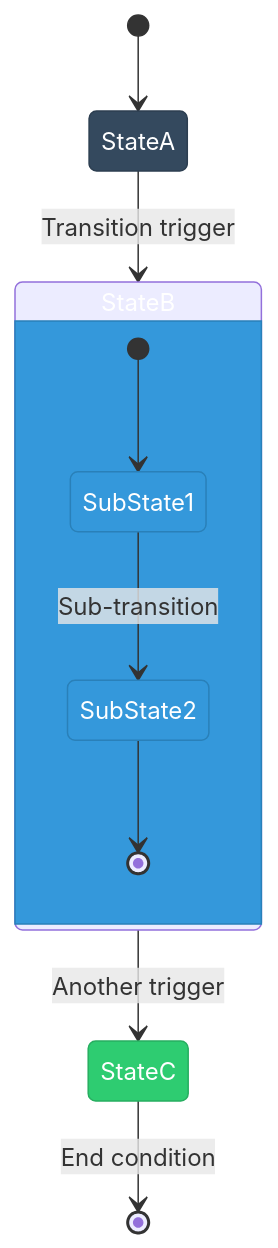
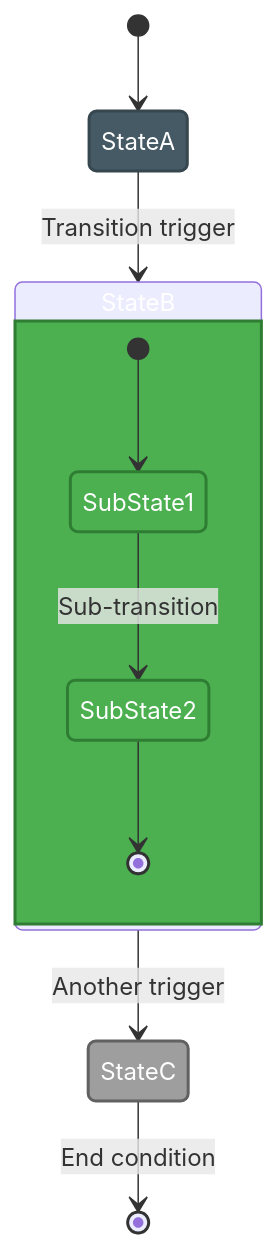
The third of 5 diagrams in docs/architecture/CONTRIBUTION_GUIDELINES.md (Hack23/cia-compliance-manager), drawn with Mermaid before and after one commit. The commit also changed other lines of this file and 18 other files, not shown here.

First line of the commit message:
style: update all classDef colors to ISMS style guide palette and fix quadrant charts

````diff
--- a/docs/architecture/CONTRIBUTION_GUIDELINES.md
+++ b/docs/architecture/CONTRIBUTION_GUIDELINES.md
@@ -102,24 +102,24 @@
 ```mermaid
 stateDiagram-v2
     [*] --> StateA
     
     StateA --> StateB: Transition trigger
     StateB --> StateC: Another trigger
     StateC --> [*]: End condition
     
     state StateB {
         [*] --> SubState1
         SubState1 --> SubState2: Sub-transition
         SubState2 --> [*]
     }
     
     %% Style definitions with enhanced colors
-    classDef defaultState fill:#34495e,stroke:#2c3e50,color:white
-    classDef activeState fill:#3498db,stroke:#2980b9,color:white
-    classDef terminalState fill:#2ecc71,stroke:#27ae60,color:white
+    classDef defaultState fill:#455A64,stroke:#37474F,stroke-width:2px,color:#ffffff
+    classDef activeState fill:#4CAF50,stroke:#2E7D32,stroke-width:2px,color:#ffffff
+    classDef terminalState fill:#9E9E9E,stroke:#616161,stroke-width:2px,color:#ffffff
     
     class StateA defaultState
     class StateB activeState
     class StateC terminalState
     class SubState1,SubState2 activeState
 ```
````
